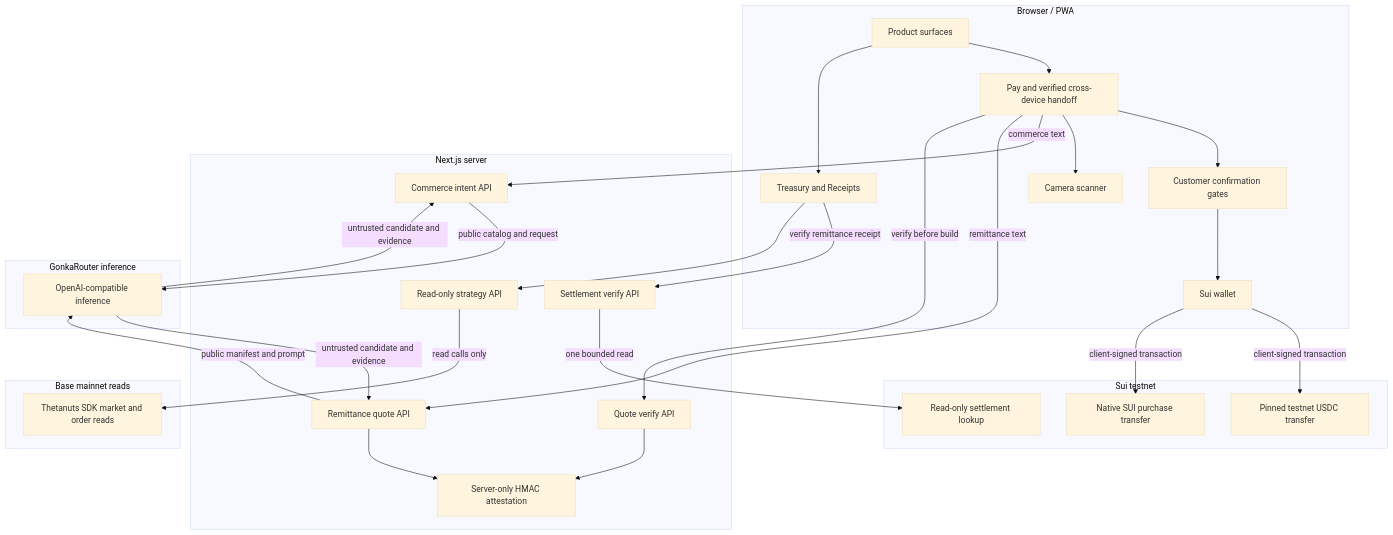
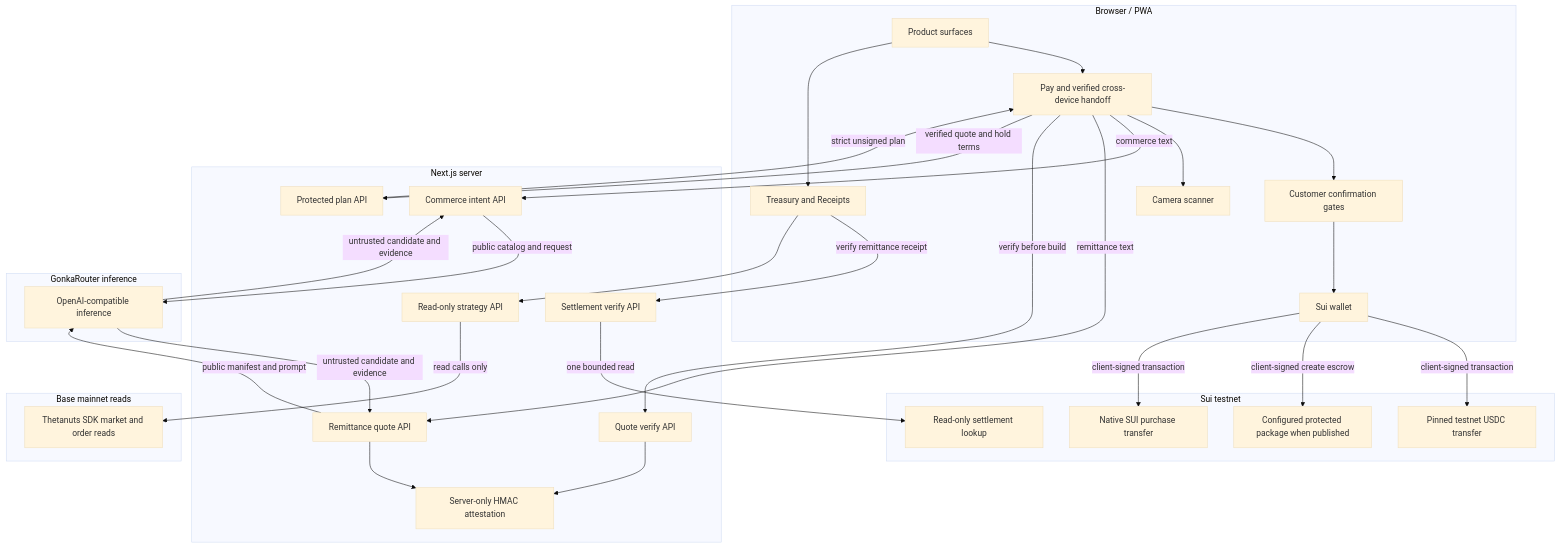
The fourth of 4 diagrams in README.md (MUBA-Hack/convey-sui), drawn with Mermaid (base theme) before and after one commit. The commit also changed other lines of this file and 12 other files, not shown here.

````diff
--- a/README.md
+++ b/README.md
@@ -543,53 +574,58 @@
 ```mermaid
 flowchart TB
   subgraph Browser["Browser / PWA"]
     UI["Product surfaces"]
     Pay["Pay and verified cross-device handoff"]
     ReadOnly["Treasury and Receipts"]
     Confirm["Customer confirmation gates"]
     SuiWallet["Sui wallet"]
     Camera["Camera scanner"]
     UI --> Pay --> Confirm --> SuiWallet
     UI --> ReadOnly
     Pay --> Camera
   end
 
   subgraph NextServer["Next.js server"]
     IntentAPI["Commerce intent API"]
     QuoteAPI["Remittance quote API"]
     VerifyAPI["Quote verify API"]
     SettlementVerifyAPI["Settlement verify API"]
+    ProtectedPlanAPI["Protected plan API"]
     StrategyAPI["Read-only strategy API"]
     Attestation["Server-only HMAC attestation"]
     QuoteAPI --> Attestation
     VerifyAPI --> Attestation
   end
 
   subgraph GonkaNetwork["GonkaRouter inference"]
     Gonka["OpenAI-compatible inference"]
   end
 
   subgraph SuiNetwork["Sui testnet"]
     Usdc["Pinned testnet USDC transfer"]
+    ProtectedEscrow["Configured protected package when published"]
     Sui["Native SUI purchase transfer"]
     SuiRead["Read-only settlement lookup"]
   end
 
   subgraph BaseNetwork["Base mainnet reads"]
     Thetanuts["Thetanuts SDK market and order reads"]
   end
 
   Pay -->|commerce text| IntentAPI
   Pay -->|remittance text| QuoteAPI
   Pay -->|verify before build| VerifyAPI
+  Pay -->|verified quote and hold terms| ProtectedPlanAPI
+  ProtectedPlanAPI -->|strict unsigned plan| Pay
   ReadOnly -->|verify remittance receipt| SettlementVerifyAPI
   IntentAPI -->|public catalog and request| Gonka
   QuoteAPI -->|public manifest and prompt| Gonka
   Gonka -->|untrusted candidate and evidence| IntentAPI
   Gonka -->|untrusted candidate and evidence| QuoteAPI
   SuiWallet -->|client-signed transaction| Usdc
+  SuiWallet -->|client-signed create escrow| ProtectedEscrow
   SuiWallet -->|client-signed transaction| Sui
   SettlementVerifyAPI -->|one bounded read| SuiRead
   ReadOnly --> StrategyAPI
   StrategyAPI -->|read calls only| Thetanuts
 ```
````
